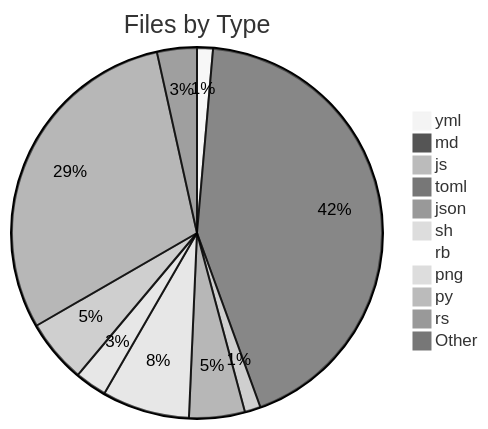
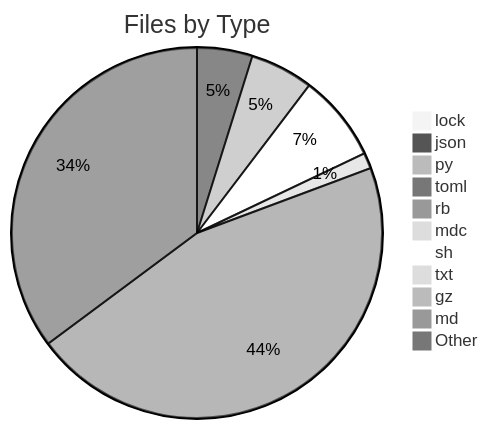
The second of 3 diagrams in g.md (8b-is/smart-tree), drawn with Mermaid (neutral theme) before and after one commit. The commit also changed other lines of this file and 11 other files, not shown here.

First line of the commit message:
🗺️ Add Mermaid Treemap visualization - Hue, check out this visual feast!

````diff
--- a/g.md
+++ b/g.md
@@ -139,14 +125,14 @@
 ```mermaid
 pie title Files by Type
-    "yml" : 2
-    "md" : 62
-    "js" : 2
+    "lock" : 1
+    "json" : 7
+    "py" : 8
     "toml" : 1
-    "json" : 7
+    "rb" : 1
+    "mdc" : 1
     "sh" : 11
-    "rb" : 1
-    "png" : 4
-    "py" : 8
-    "rs" : 43
-    "Other" : 5
+    "txt" : 2
+    "gz" : 1
+    "md" : 66
+    "Other" : 51
 ```
````
